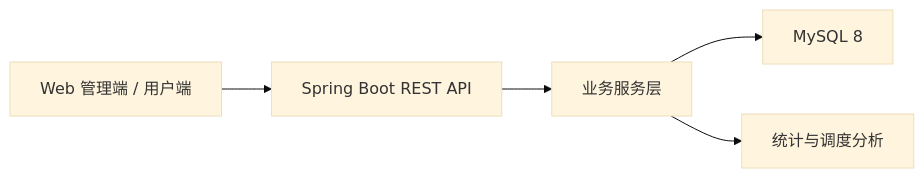
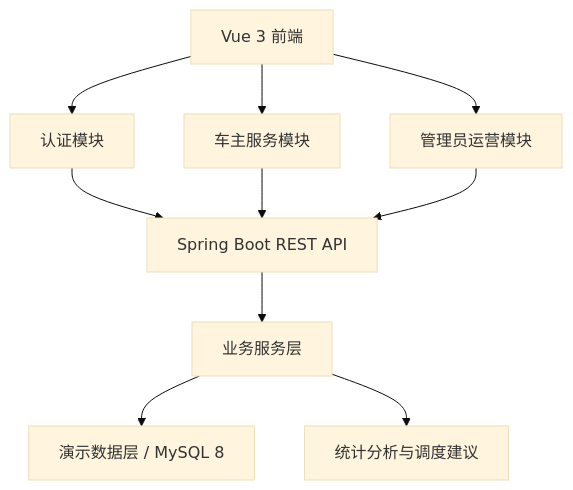
Before and after one commit to wiiiind/city-parking-resource-management-system: the first of 8 diagrams in docs/技术文档.md, drawn with Mermaid (base theme). The commit also changed other lines of this file and 11 other files, not shown here.

````diff
--- a/docs/技术文档.md
+++ b/docs/技术文档.md
@@ -28,7 +33,12 @@
 ```mermaid
-flowchart LR
-    A["Web 管理端 / 用户端"] --> B["Spring Boot REST API"]
-    B --> C["业务服务层"]
-    C --> D["MySQL 8"]
-    C --> E["统计与调度分析"]
+flowchart TD
+    A["Vue 3 前端"] --> B["认证模块"]
+    A --> C["车主服务模块"]
+    A --> D["管理员运营模块"]
+    B --> E["Spring Boot REST API"]
+    C --> E
+    D --> E
+    E --> F["业务服务层"]
+    F --> G["演示数据层 / MySQL 8"]
+    F --> H["统计分析与调度建议"]
 ```
````
